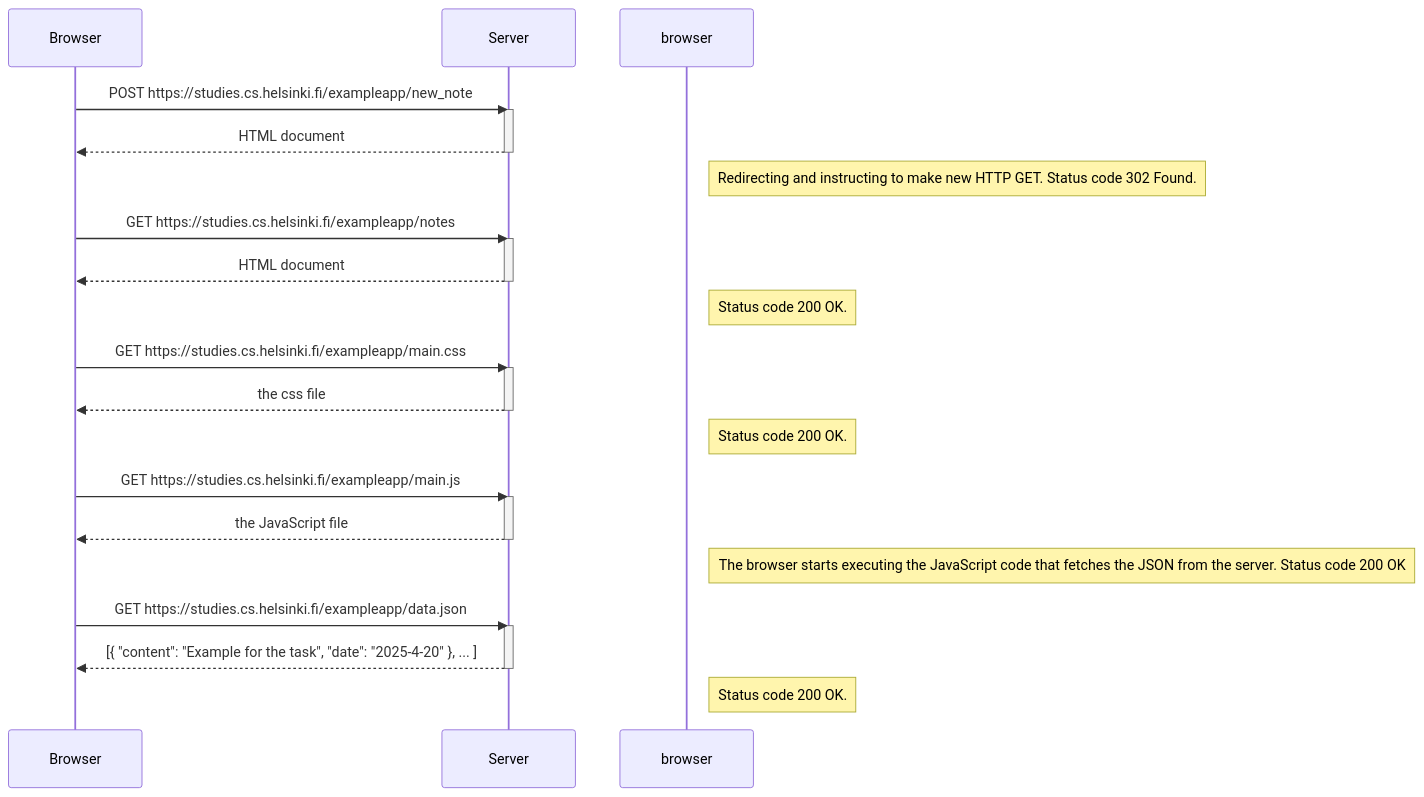
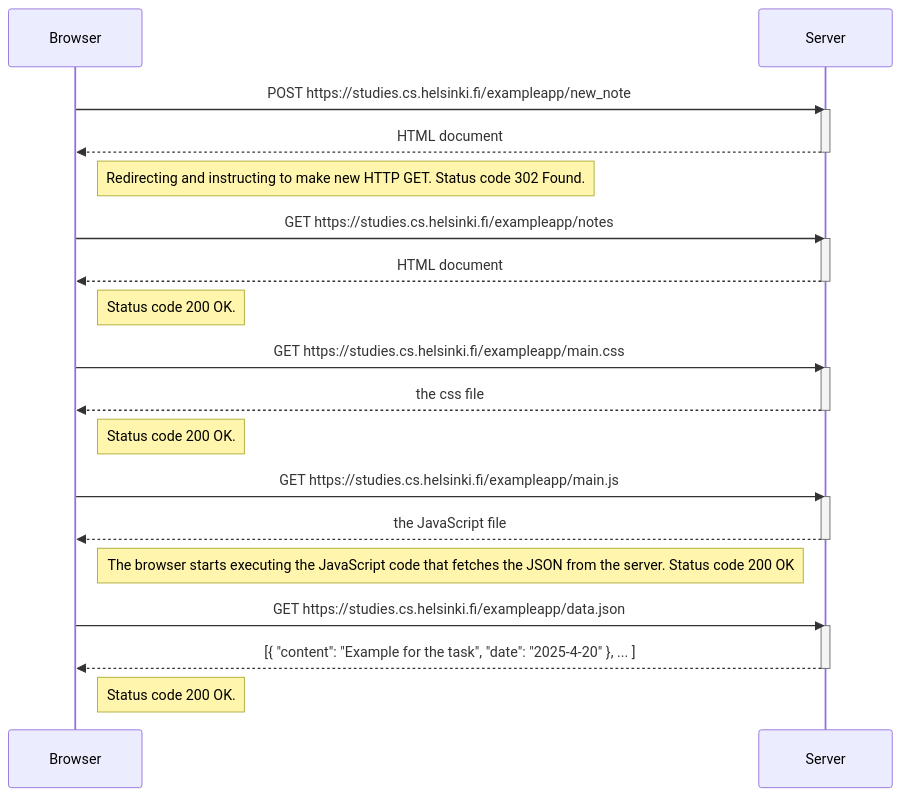
The diagram in osa0/uusiMuistiinpano.md (saravert/FullStackPalautus), drawn with Mermaid before and after one commit.

````diff
--- a/osa0/uusiMuistiinpano.md
+++ b/osa0/uusiMuistiinpano.md
@@ -1,40 +1,40 @@
 ```mermaid
 sequenceDiagram
     participant Browser
     participant Server
 
     Browser->>Server: POST https://studies.cs.helsinki.fi/exampleapp/new_note
     activate Server
     Server-->>Browser: HTML document
     deactivate Server
 
-    Note right of browser: Redirecting and instructing to make new HTTP GET. Status code 302 Found.
+    Note right of Browser: Redirecting and instructing to make new HTTP GET. Status code 302 Found.
 
     Browser->>Server: GET https://studies.cs.helsinki.fi/exampleapp/notes
     activate Server
     Server-->>Browser: HTML document
     deactivate Server
 
-    Note right of browser: Status code 200 OK. 
+    Note right of Browser: Status code 200 OK. 
     
     Browser->>Server: GET https://studies.cs.helsinki.fi/exampleapp/main.css
     activate Server
     Server-->>Browser: the css file
     deactivate Server
 
-    Note right of browser: Status code 200 OK. 
+    Note right of Browser: Status code 200 OK. 
     
     Browser->>Server: GET https://studies.cs.helsinki.fi/exampleapp/main.js
     activate Server
     Server-->>Browser: the JavaScript file
     deactivate Server
     
-    Note right of browser: The browser starts executing the JavaScript code that fetches the JSON from the server. Status code 200 OK
+    Note right of Browser: The browser starts executing the JavaScript code that fetches the JSON from the server. Status code 200 OK
     
     Browser->>Server: GET https://studies.cs.helsinki.fi/exampleapp/data.json
     activate Server
     Server-->>Browser: [{ "content": "Example for the task", "date": "2025-4-20" }, ... ]
     deactivate Server
 
-    Note right of browser: Status code 200 OK. 
+    Note right of Browser: Status code 200 OK. 
 ```
````
